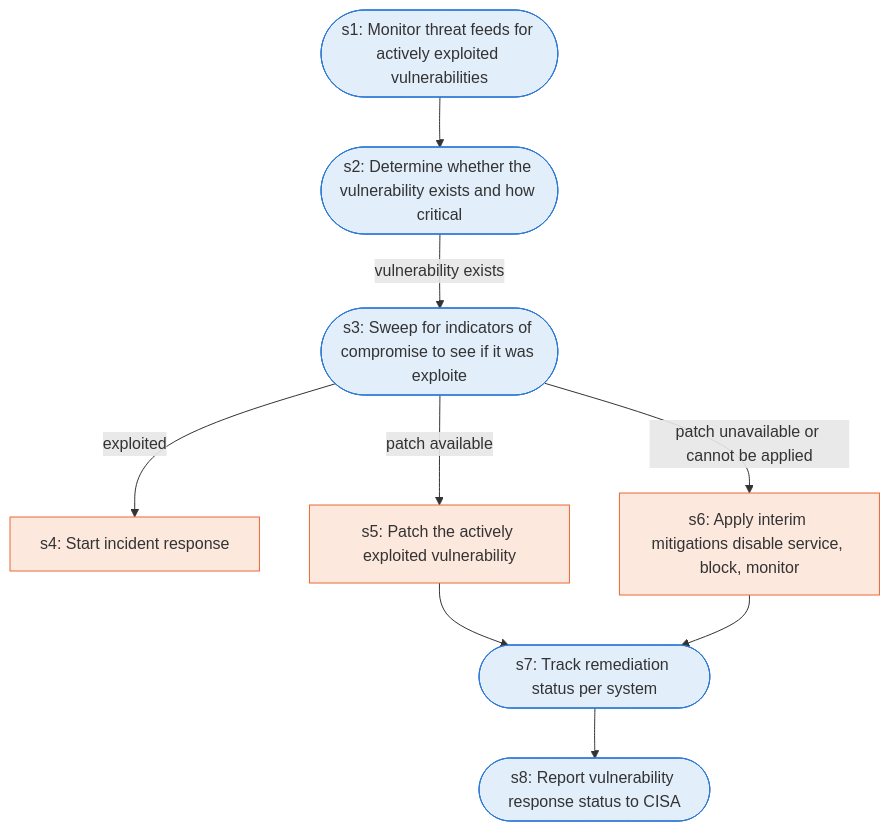
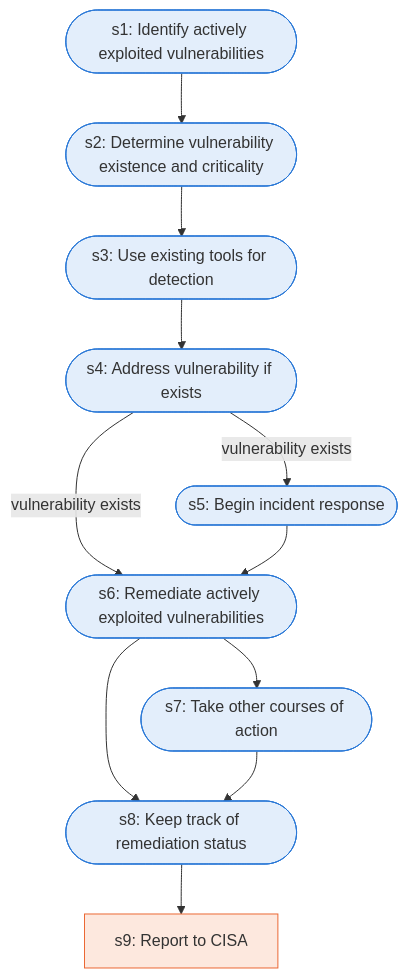
The diagram in docs/runbooks/inc_cisa_vulnerability_response.md (Jitesh-Mishra/sop-to-agent-workflows), drawn with Mermaid before and after one commit. The commit also changed other lines of this file and 172 other files, not shown here.

````diff
--- a/docs/runbooks/inc_cisa_vulnerability_response.md
+++ b/docs/runbooks/inc_cisa_vulnerability_response.md
@@ -7,23 +7,26 @@
 ```mermaid
 flowchart TD
-  s1(["s1: Monitor threat feeds for actively exploited vulnerabilities"])
-  s2(["s2: Determine whether the vulnerability exists and how critical "])
-  s3(["s3: Sweep for indicators of compromise to see if it was exploite"])
-  s4["s4: Start incident response"]
-  s5["s5: Patch the actively exploited vulnerability"]
-  s6["s6: Apply interim mitigations disable service, block, monitor"]
-  s7(["s7: Track remediation status per system"])
-  s8(["s8: Report vulnerability response status to CISA"])
+  s1(["s1: Identify actively exploited vulnerabilities"])
+  s2(["s2: Determine vulnerability existence and criticality"])
+  s3(["s3: Use existing tools for detection"])
+  s4(["s4: Address vulnerability if exists"])
+  s5(["s5: Begin incident response"])
+  s6(["s6: Remediate actively exploited vulnerabilities"])
+  s7(["s7: Take other courses of action"])
+  s8(["s8: Keep track of remediation status"])
+  s9["s9: Report to CISA"]
   s1 --> s2
-  s2 -->|vulnerability exists| s3
-  s3 -->|exploited| s4
-  s3 -->|patch available| s5
-  s3 -->|patch unavailable or cannot be applied| s6
-  s5 --> s7
+  s2 --> s3
+  s3 --> s4
+  s4 -->|vulnerability exists| s5
+  s4 -->|vulnerability exists| s6
+  s5 --> s6
   s6 --> s7
+  s6 --> s8
   s7 --> s8
+  s8 --> s9
   classDef agent fill:#e3eefb,stroke:#2a78d6
   classDef human fill:#fde8de,stroke:#eb6834
-  class s1,s2,s3,s7,s8 agent
-  class s4,s5,s6 human
+  class s1,s2,s3,s4,s5,s6,s7,s8 agent
+  class s9 human
 ```
````
